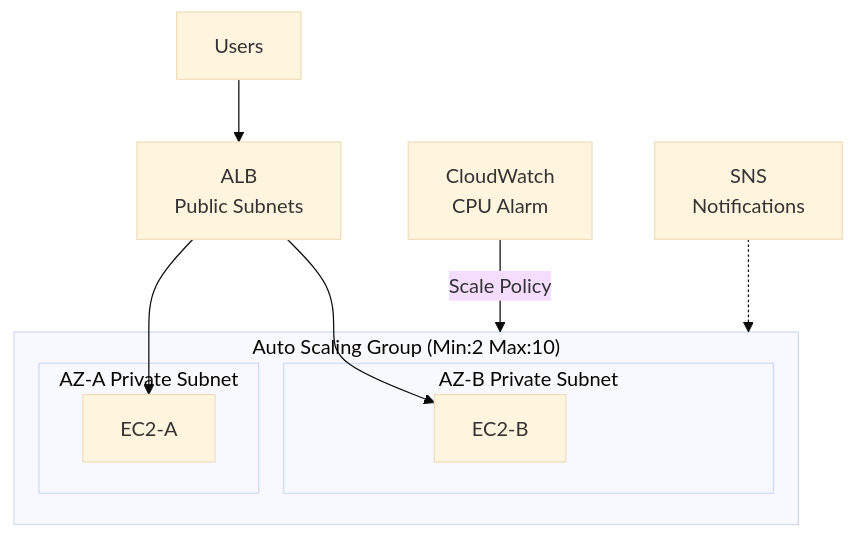
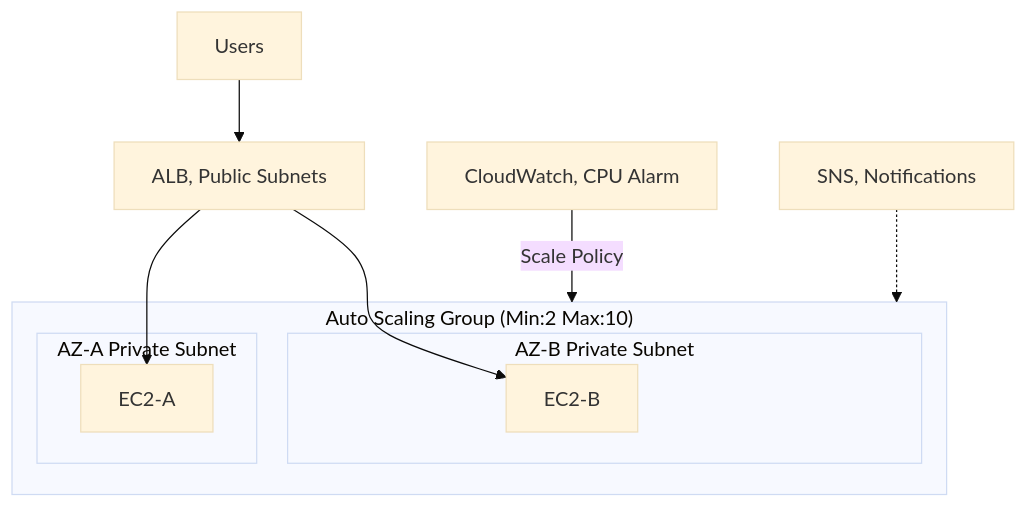
Before and after one commit to DeeptiShuklaProject/Uday_AWS: the second of 4 diagrams in Chapter_39_Amazon_EC2_Auto_Scaling.md, drawn with Mermaid (base theme). The commit also changed other lines of this file and 34 other files, not shown here.

Commit message:
Fix mermaid diagrams syntax across all chapters (quote labels and remove HTML)

````diff
--- a/Chapter_39_Amazon_EC2_Auto_Scaling.md
+++ b/Chapter_39_Amazon_EC2_Auto_Scaling.md
@@ -548,19 +548,19 @@
 ```mermaid
 flowchart TD
-    User[Users] --> ALB[ALB<br>Public Subnets]
+    User[Users] --> ALB["ALB, Public Subnets"]
     
     subgraph ASG["Auto Scaling Group (Min:2 Max:10)"]
         subgraph AZA["AZ-A Private Subnet"]
             EC2A[EC2-A]
         end
         subgraph AZB["AZ-B Private Subnet"]
             EC2B[EC2-B]
         end
     end
     
     ALB --> EC2A
     ALB --> EC2B
     
-    CW[CloudWatch<br>CPU Alarm] -->|Scale Policy| ASG
-    SNS[SNS<br>Notifications] -.-> ASG
+    CW["CloudWatch, CPU Alarm"] -->|Scale Policy| ASG
+    SNS["SNS, Notifications"] -.-> ASG
 ```
````
